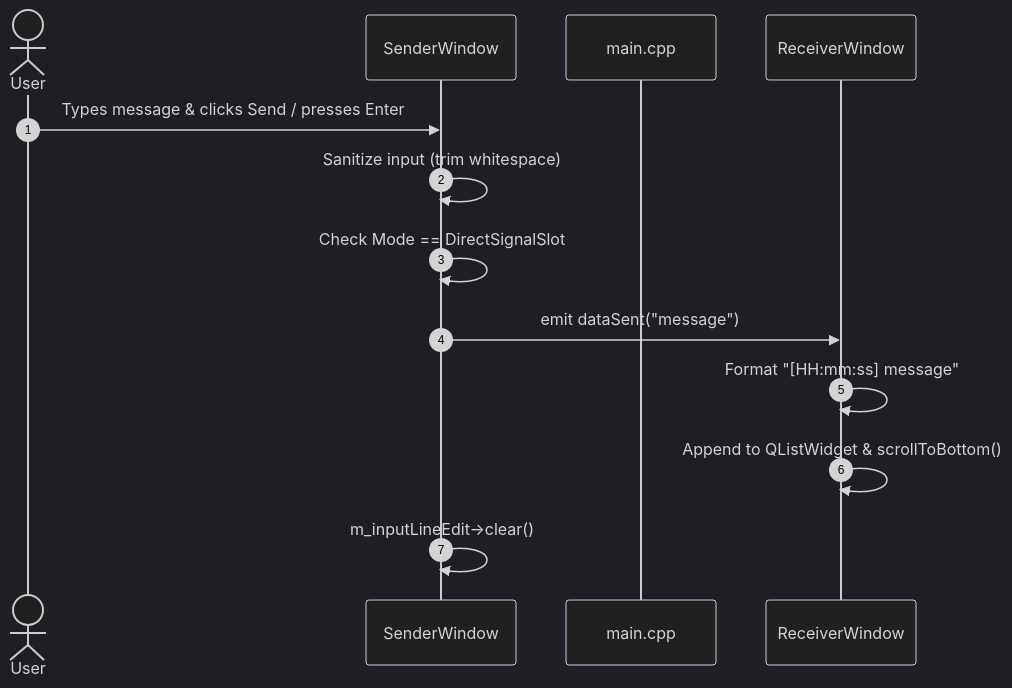
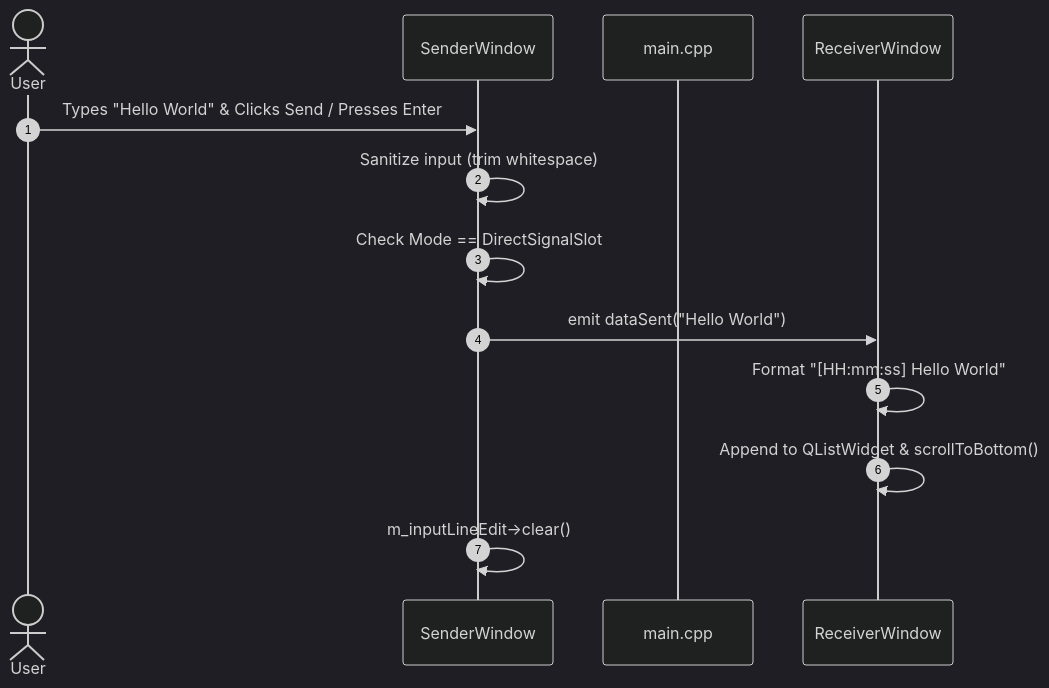
Before and after one commit to ramanujaganesh26/SignalBridge: the first of 2 diagrams in README.md, drawn with Mermaid (dark theme). The commit also changed other lines of this file, not shown here.

Commit message:
Restore full rich README with badges, gallery, sequence diagrams, and expandable zoom controls

````diff
--- a/README.md
+++ b/README.md
@@ -57,16 +103,16 @@
 ```mermaid
 sequenceDiagram
     autonumber
     actor User
     participant Sender as SenderWindow
     participant Main as main.cpp
     participant Receiver as ReceiverWindow
 
-    User->>Sender: Types message & clicks Send / presses Enter
+    User->>Sender: Types "Hello World" & Clicks Send / Presses Enter
     Sender->>Sender: Sanitize input (trim whitespace)
     Sender->>Sender: Check Mode == DirectSignalSlot
-    Sender->>Receiver: emit dataSent("message")
-    Receiver->>Receiver: Format "[HH:mm:ss] message"
+    Sender->>Receiver: emit dataSent("Hello World")
+    Receiver->>Receiver: Format "[HH:mm:ss] Hello World"
     Receiver->>Receiver: Append to QListWidget & scrollToBottom()
     Sender->>Sender: m_inputLineEdit->clear()
 ```
````
